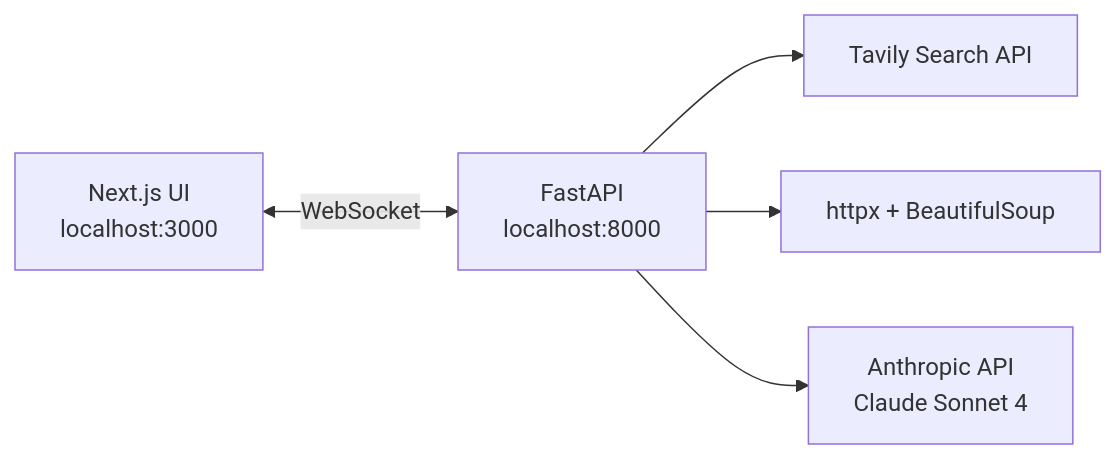
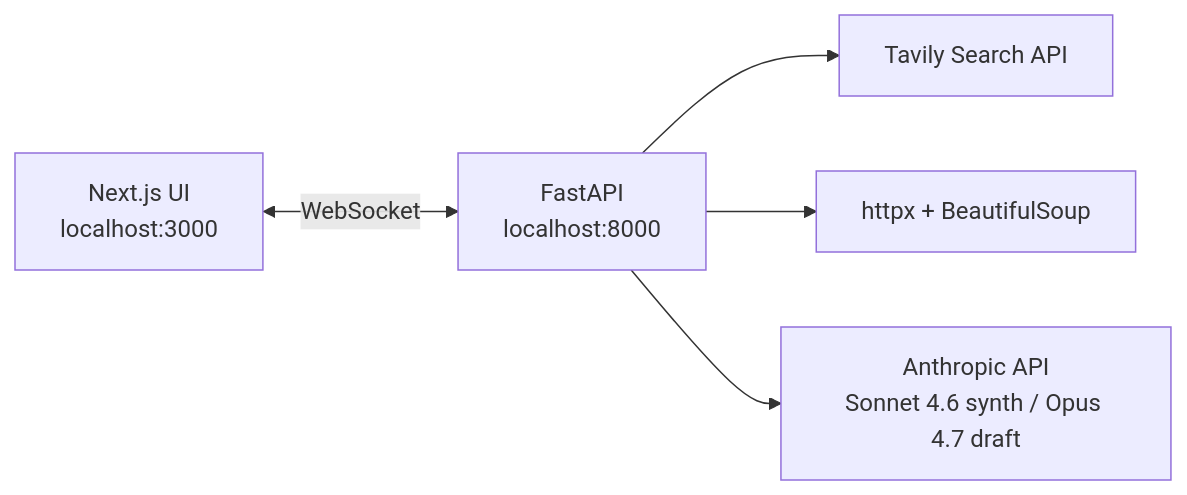
The second of 2 diagrams in README.md (Akash-Sannidhanam/Agentic-Research), drawn with Mermaid before and after one commit. The commit also changed other lines of this file and 2 other files, not shown here.

First line of the commit message:
perf: route synthesize to Sonnet 4.6 and draft to Opus 4.7

````diff
--- a/README.md
+++ b/README.md
@@ -30,7 +30,7 @@
 ```mermaid
 flowchart LR
     ui[Next.js UI<br/>localhost:3000] <-- WebSocket --> api[FastAPI<br/>localhost:8000]
     api --> tavily[Tavily Search API]
     api --> fetch[httpx + BeautifulSoup]
-    api --> claude[Anthropic API<br/>Claude Sonnet 4]
+    api --> claude[Anthropic API<br/>Sonnet 4.6 synth / Opus 4.7 draft]
 ```
````
